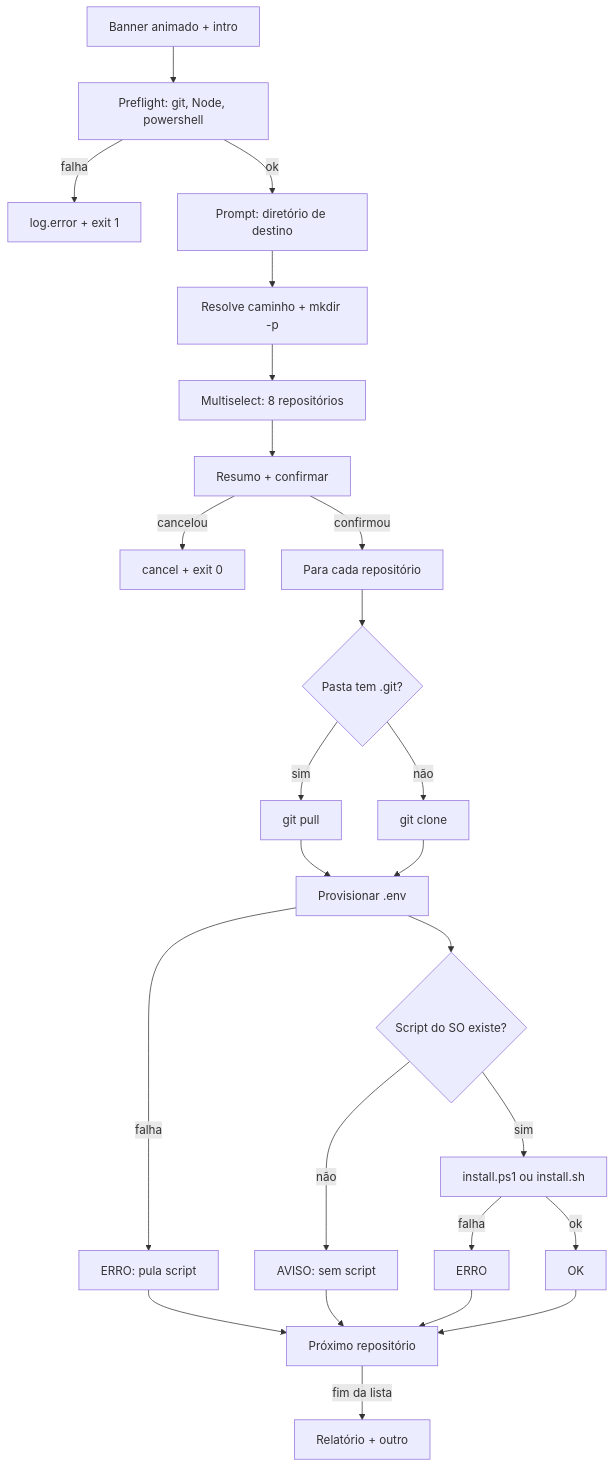
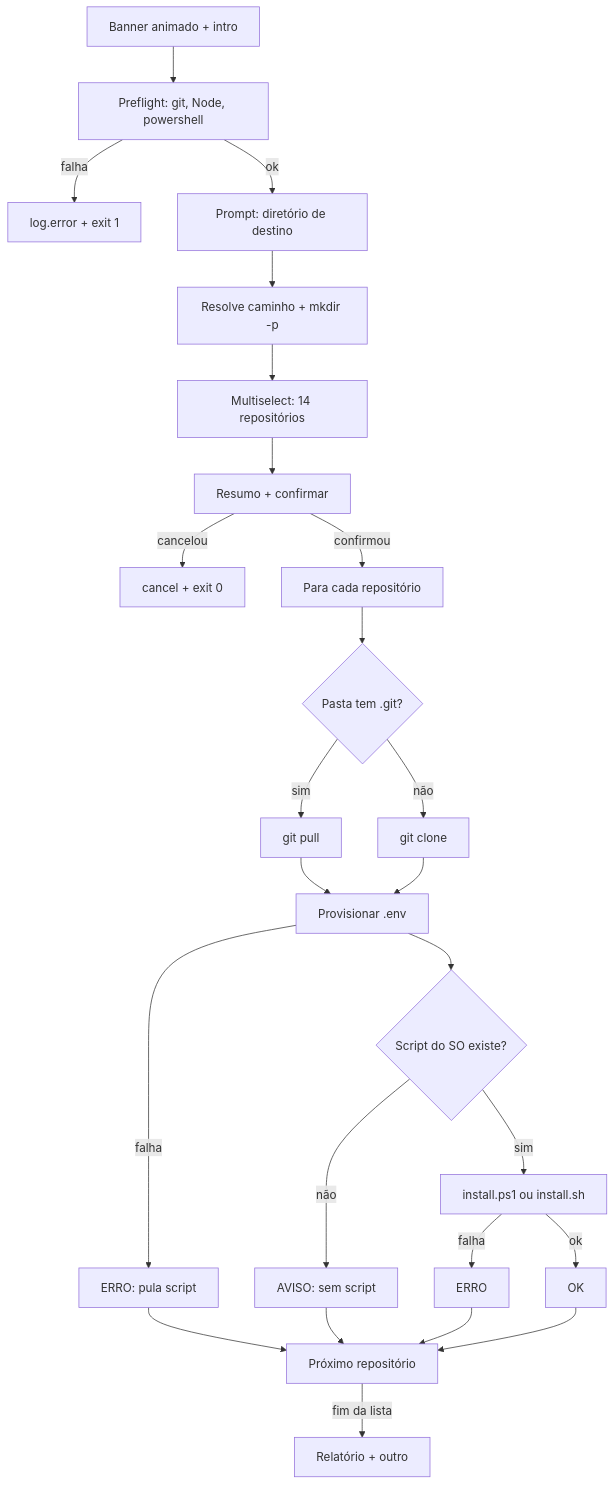
Before and after one commit to EdgarSocrates98/forge-cli: the diagram in docs/arquitetura.md, drawn with Mermaid. The commit also changed 5 other files, not shown here.

````diff
--- a/docs/arquitetura.md
+++ b/docs/arquitetura.md
@@ -41,24 +41,24 @@
 ```mermaid
 flowchart TD
     A[Banner animado + intro] --> B[Preflight: git, Node, powershell]
     B -->|falha| Z1[log.error + exit 1]
     B -->|ok| C[Prompt: diretório de destino]
     C --> D[Resolve caminho + mkdir -p]
-    D --> E[Multiselect: 8 repositórios]
+    D --> E[Multiselect: 14 repositórios]
     E --> F[Resumo + confirmar]
     F -->|cancelou| Z2[cancel + exit 0]
     F -->|confirmou| G[Para cada repositório]
     G --> H{Pasta tem .git?}
     H -->|sim| I[git pull]
     H -->|não| J[git clone]
     I --> K[Provisionar .env]
     J --> K
     K -->|falha| L[ERRO: pula script]
     K --> M{Script do SO existe?}
     M -->|não| N[AVISO: sem script]
     M -->|sim| O[install.ps1 ou install.sh]
     O -->|falha| P[ERRO]
     O -->|ok| Q[OK]
     L & N & P & Q --> R[Próximo repositório]
     R -->|fim da lista| S[Relatório + outro]
 ```
````
